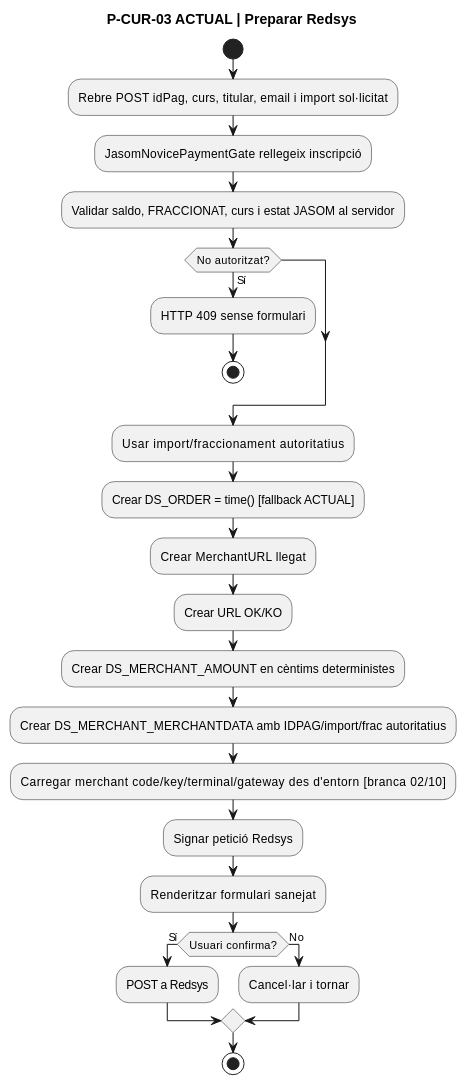
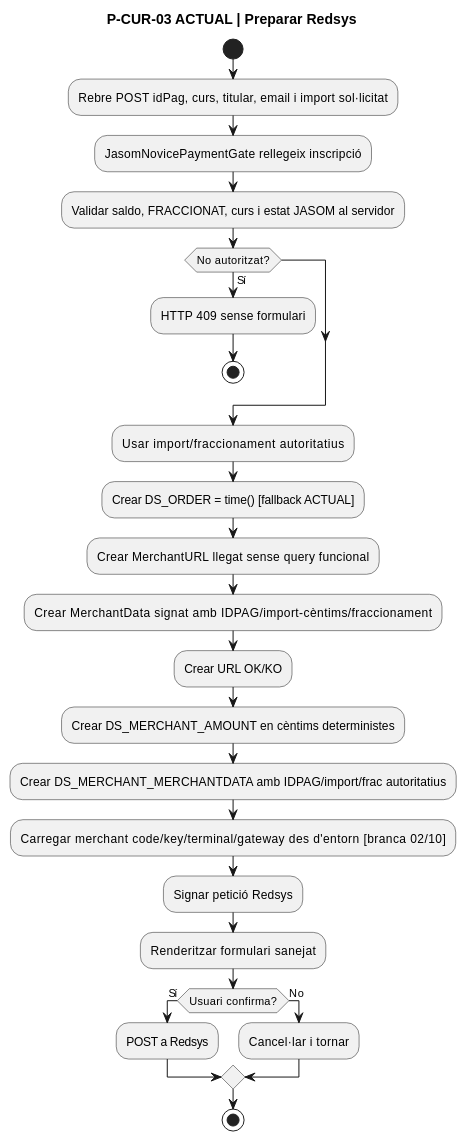
The fifth of 14 diagrams in documentacio/07-uml-integrat/uc-014-activitats-pagines-redsys-actual-final.md (orgmeriemprismacat-del/verifactu), drawn with PlantUML before and after one commit. The commit also changed other lines of this file, not shown here.

Commit message:
docs(UC-014): documentar context Redsys signat i MerchantURL neta

````diff
--- a/documentacio/07-uml-integrat/uc-014-activitats-pagines-redsys-actual-final.md
+++ b/documentacio/07-uml-integrat/uc-014-activitats-pagines-redsys-actual-final.md
@@ -125,28 +125,29 @@
 ```plantuml
 @startuml
 title P-CUR-03 ACTUAL | Preparar Redsys
 start
 :Rebre POST idPag, curs, titular, email i import sol·licitat;
 :JasomNovicePaymentGate rellegeix inscripció;
 :Validar saldo, FRACCIONAT, curs i estat JASOM al servidor;
 if (No autoritzat?) then (Sí)
   :HTTP 409 sense formulari;
   stop
 endif
 :Usar import/fraccionament autoritatius;
 :Crear DS_ORDER = time() [fallback ACTUAL];
-:Crear MerchantURL llegat;
+:Crear MerchantURL llegat sense query funcional;
+:Crear MerchantData signat amb IDPAG/import-cèntims/fraccionament;
 :Crear URL OK/KO;
 :Crear DS_MERCHANT_AMOUNT en cèntims deterministes;
 :Crear DS_MERCHANT_MERCHANTDATA amb IDPAG/import/frac autoritatius;
 :Carregar merchant code/key/terminal/gateway des d'entorn [branca 02/10];
 :Signar petició Redsys;
 :Renderitzar formulari sanejat;
 if (Usuari confirma?) then (Sí)
   :POST a Redsys;
 else (No)
   :Cancel·lar i tornar;
 endif
 stop
 @enduml
 ```
````
